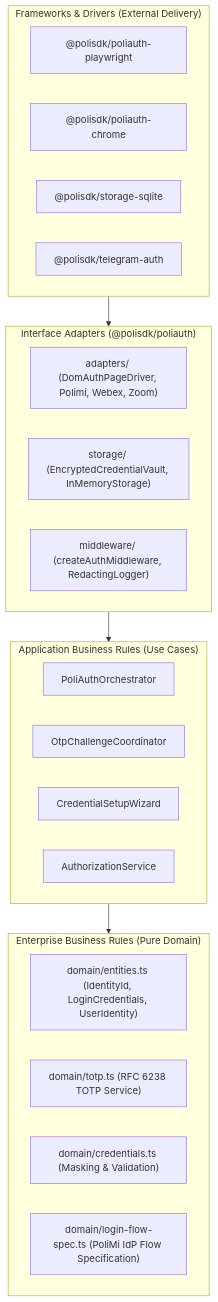
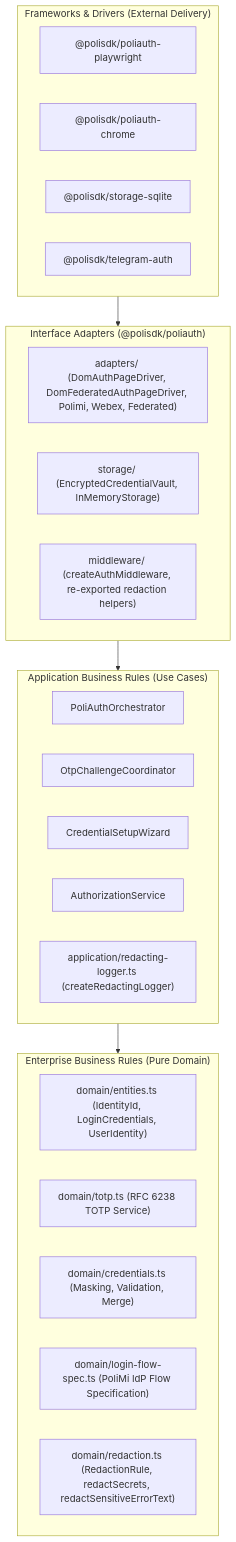
The second of 5 diagrams in packages/poliauth/docs/05-final-architecture-validation-and-scorecard.md (m-ebrahimzadeh/polisdk), drawn with Mermaid before and after one commit. The commit also changed other lines of this file and 52 other files, not shown here.

````diff
--- a/packages/poliauth/docs/05-final-architecture-validation-and-scorecard.md
+++ b/packages/poliauth/docs/05-final-architecture-validation-and-scorecard.md
@@ -79,33 +79,35 @@
 ```mermaid
 flowchart TD
   subgraph Layer4["Frameworks & Drivers (External Delivery)"]
     PW["@polisdk/poliauth-playwright"]
     CH["@polisdk/poliauth-chrome"]
     SQL["@polisdk/storage-sqlite"]
     TG["@polisdk/telegram-auth"]
   end
 
   subgraph Layer3["Interface Adapters (@polisdk/poliauth)"]
-    DOM_A["adapters/ (DomAuthPageDriver, Polimi, Webex, Zoom)"]
+    DOM_A["adapters/ (DomAuthPageDriver, DomFederatedAuthPageDriver, Polimi, Webex, Federated)"]
     VAULT_A["storage/ (EncryptedCredentialVault, InMemoryStorage)"]
-    MW_A["middleware/ (createAuthMiddleware, RedactingLogger)"]
+    MW_A["middleware/ (createAuthMiddleware, re-exported redaction helpers)"]
   end
 
   subgraph Layer2["Application Business Rules (Use Cases)"]
     ORCH["PoliAuthOrchestrator"]
     OTP["OtpChallengeCoordinator"]
     WIZ["CredentialSetupWizard"]
     AUTHZ["AuthorizationService"]
+    REDACT_LOG["application/redacting-logger.ts (createRedactingLogger)"]
   end
 
   subgraph Layer1["Enterprise Business Rules (Pure Domain)"]
     ENT["domain/entities.ts (IdentityId, LoginCredentials, UserIdentity)"]
     TOTP["domain/totp.ts (RFC 6238 TOTP Service)"]
-    CREDS["domain/credentials.ts (Masking & Validation)"]
+    CREDS["domain/credentials.ts (Masking, Validation, Merge)"]
     SPEC["domain/login-flow-spec.ts (PoliMi IdP Flow Specification)"]
+    REDACT["domain/redaction.ts (RedactionRule, redactSecrets, redactSensitiveErrorText)"]
   end
 
   Layer4 --> Layer3
   Layer3 --> Layer2
   Layer2 --> Layer1
 ```
````
